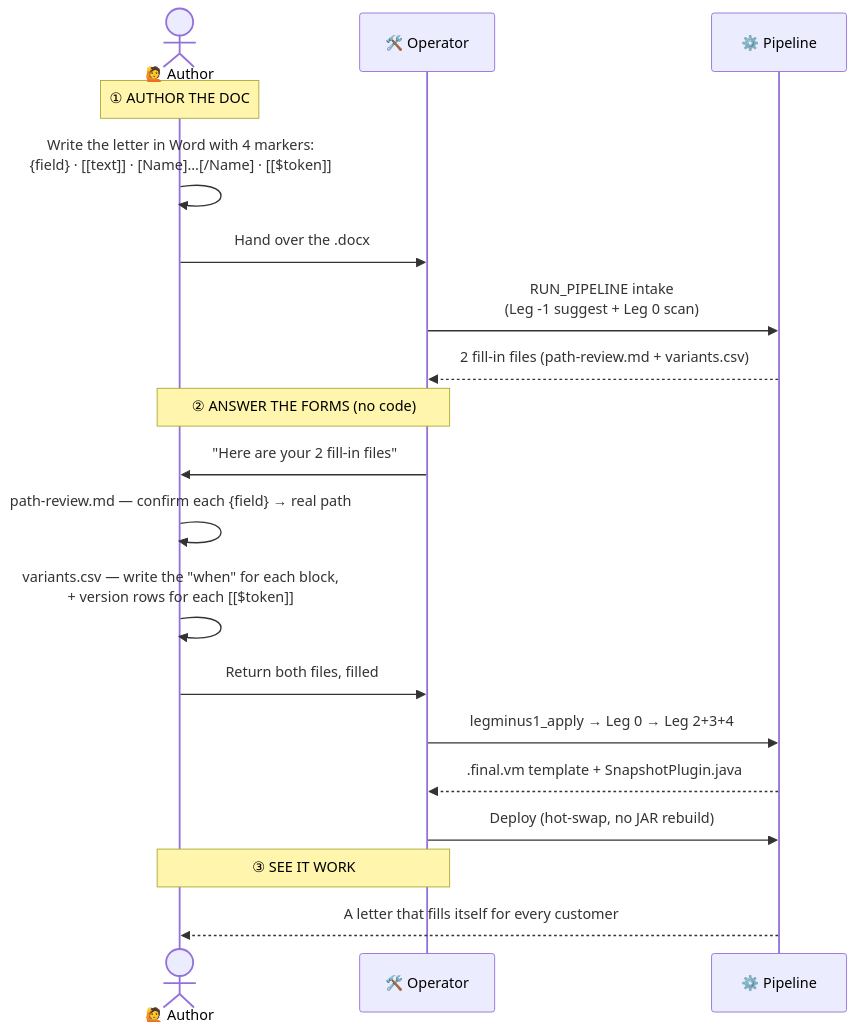
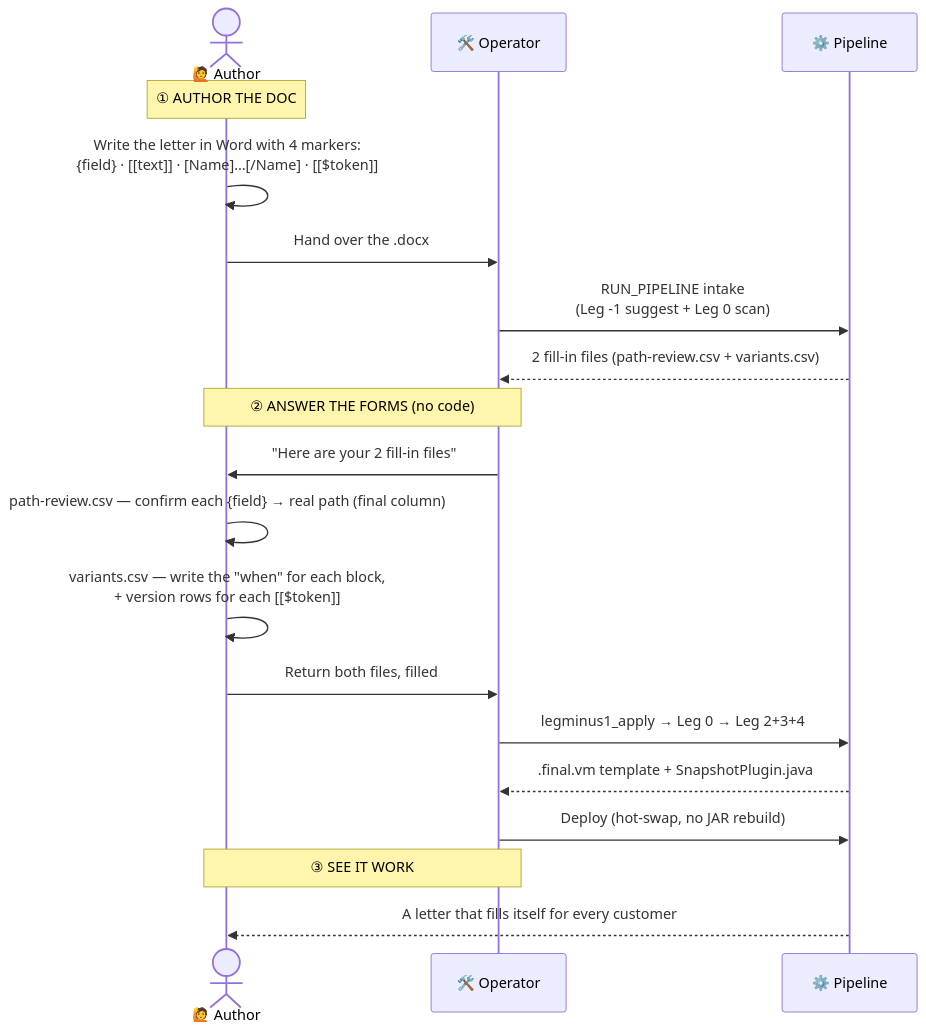
The first of 4 diagrams in docs/pipeline-dataflow.md (joshlawrence-web/socotra-document-conversion), drawn with Mermaid before and after one commit. The commit also changed other lines of this file and 8 other files, not shown here.

First line of the commit message:
feat(leg-1): customer-fill path-review.csv backed by canonical .md

````diff
--- a/docs/pipeline-dataflow.md
+++ b/docs/pipeline-dataflow.md
@@ -27,26 +27,26 @@
 ```mermaid
 sequenceDiagram
     actor Priya as 🙋 Author
     participant Sam as 🛠️ Operator
     participant Pipe as ⚙️ Pipeline
 
     Note over Priya: ① AUTHOR THE DOC
     Priya->>Priya: Write the letter in Word with 4 markers:<br/>{field} · [[text]] · [Name]…[/Name] · [[$token]]
     Priya->>Sam: Hand over the .docx
 
     Sam->>Pipe: RUN_PIPELINE intake<br/>(Leg -1 suggest + Leg 0 scan)
-    Pipe-->>Sam: 2 fill-in files (path-review.md + variants.csv)
+    Pipe-->>Sam: 2 fill-in files (path-review.csv + variants.csv)
 
     Note over Priya,Sam: ② ANSWER THE FORMS (no code)
     Sam->>Priya: "Here are your 2 fill-in files"
-    Priya->>Priya: path-review.md — confirm each {field} → real path
+    Priya->>Priya: path-review.csv — confirm each {field} → real path (final column)
     Priya->>Priya: variants.csv — write the "when" for each block,<br/>+ version rows for each [[$token]]
     Priya->>Sam: Return both files, filled
 
     Sam->>Pipe: legminus1_apply → Leg 0 → Leg 2+3+4
     Pipe-->>Sam: .final.vm template + SnapshotPlugin.java
     Sam->>Pipe: Deploy (hot-swap, no JAR rebuild)
 
     Note over Priya,Sam: ③ SEE IT WORK
     Pipe-->>Priya: A letter that fills itself for every customer
 ```
````
